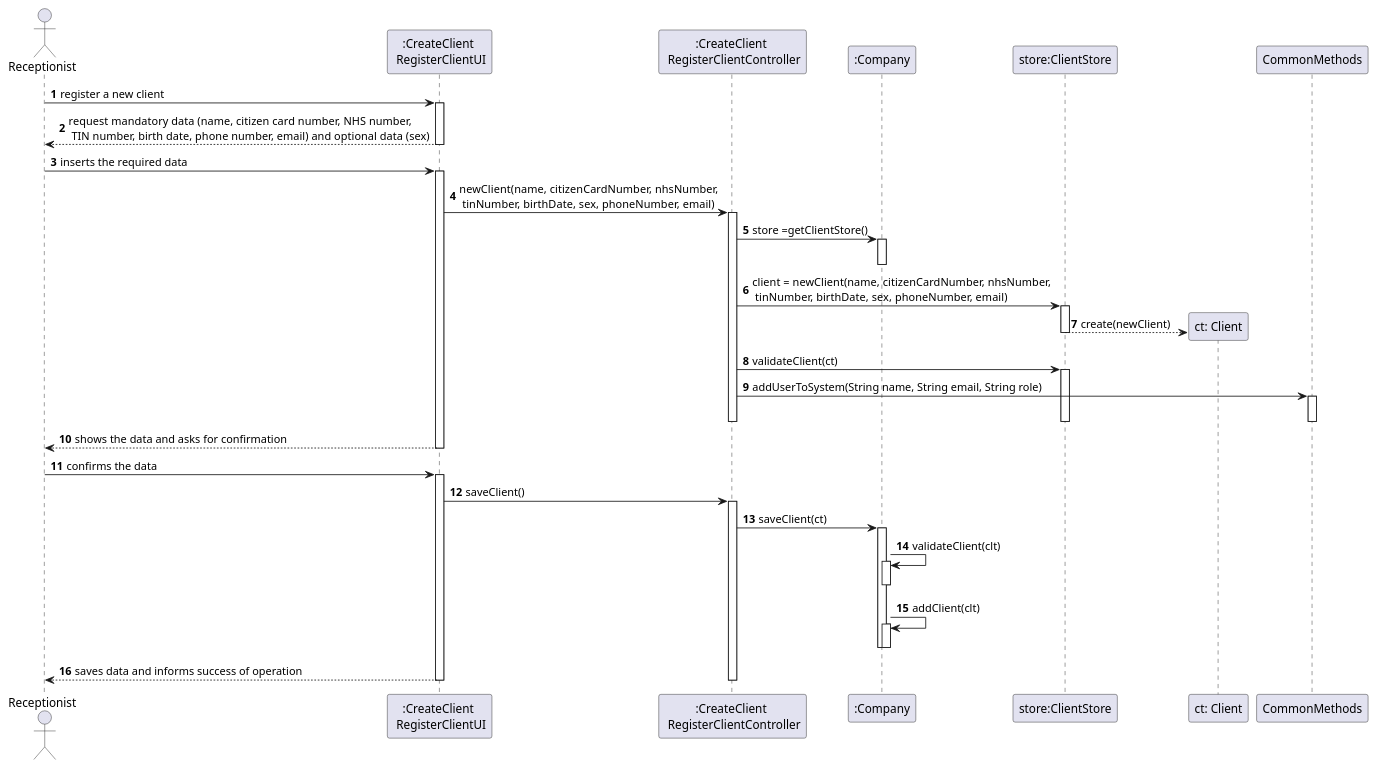
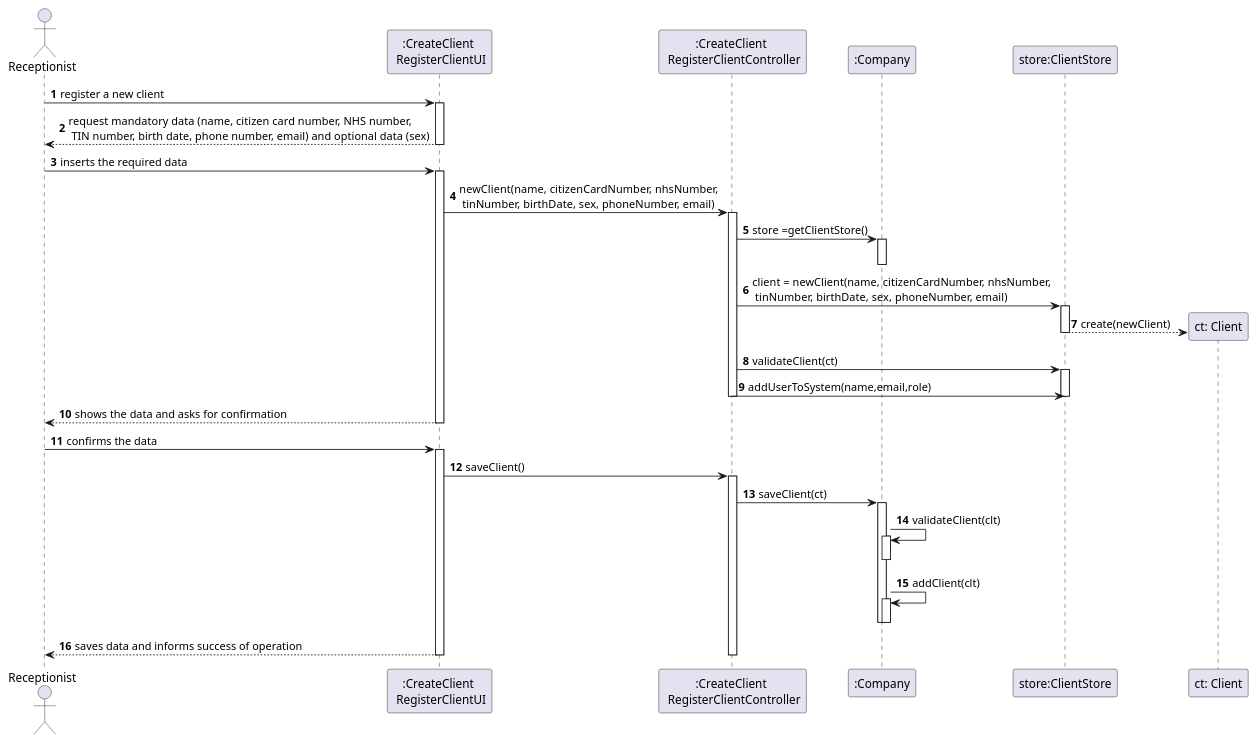
One commit to GuilhermeCunha79/lapr2 changed the diagram in docs/SprintB/US3/UC03_SD.puml. Above: the diagram before and after it, drawn with PlantUML. The commit also changed 4 other files, not shown here.

```diff
--- a/docs/SprintB/US3/UC03_SD.puml
+++ b/docs/SprintB/US3/UC03_SD.puml
@@ -1,75 +1,69 @@
 @startuml
 autonumber
 'hide footbox
 actor "Receptionist" as RECEP
 
 participant ":CreateClient \n RegisterClientUI" as UI
 participant ":CreateClient \n RegisterClientController" as CTRL
 participant ":Company" as C
 participant "store:ClientStore" as CS
 participant "ct: Client" as CL
-participant "CommonMethods" as CM
-
 
 
 RECEP -> UI : register a new client
 activate UI
     UI --> RECEP : request mandatory data (name, citizen card number, NHS number,\n TIN number, birth date, phone number, email) and optional data (sex)
 deactivate UI
 
 RECEP -> UI : inserts the required data
 activate UI
     UI -> CTRL : newClient(name, citizenCardNumber, nhsNumber,\n tinNumber, birthDate, sex, phoneNumber, email)
 
 activate CTRL
 
         CTRL -> C: store =getClientStore()
         activate C
         deactivate C
 
         CTRL -> CS: client = newClient(name, citizenCardNumber, nhsNumber,\n tinNumber, birthDate, sex, phoneNumber, email)
 
         activate CS
         CS --> CL** : create(newClient)
         deactivate CS
 
-
         CTRL -> CS : validateClient(ct)
 
         activate CS
 
-        CTRL -> CM : addUserToSystem(String name, String email, String role)
-        activate CM
-        deactivate CM
+        CTRL -> CS : addUserToSystem(name,email,role)
+
         deactivate CS
-
-
 
     deactivate CTRL
     UI --> RECEP : shows the data and asks for confirmation
 deactivate UI
 RECEP -> UI : confirms the data
 activate UI
 
     UI -> CTRL : saveClient()
 
 activate CTRL
     CTRL -> C : saveClient(ct)
 
 activate C
 
     C -> C : validateClient(clt)
     activate C
     deactivate C
     C -> C : addClient(clt)
     activate C
     deactivate C
     deactivate C
 
 
 UI --> RECEP : saves data and informs success of operation
 deactivate C
 deactivate UI
 deactivate CTRL
 
 @enduml
```
